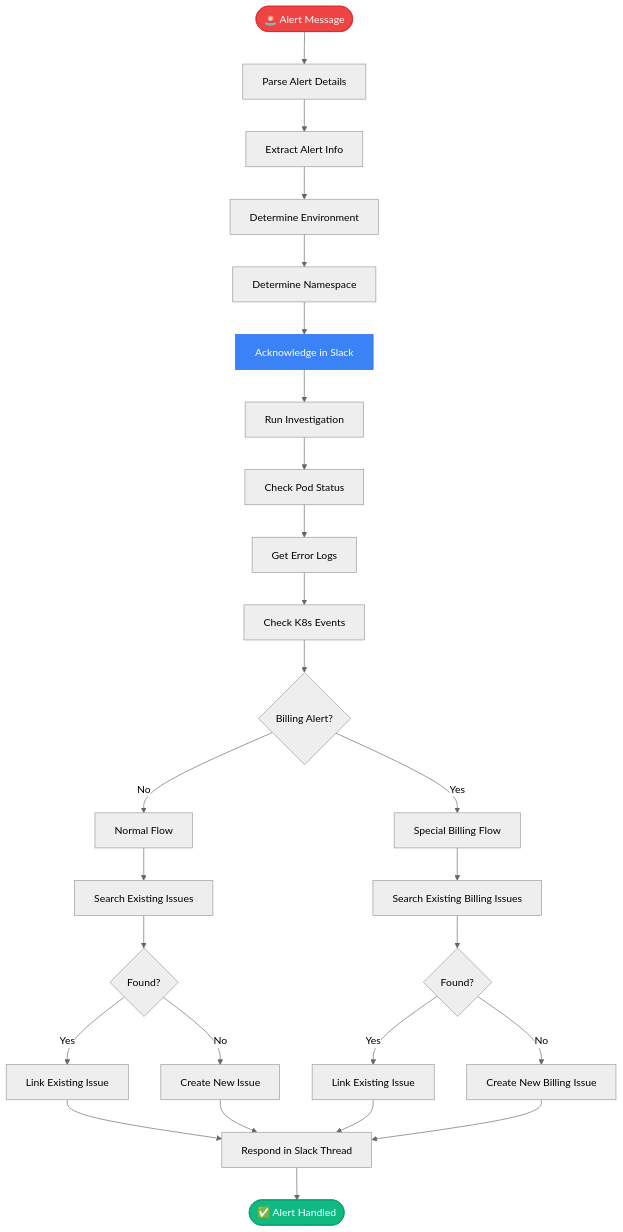
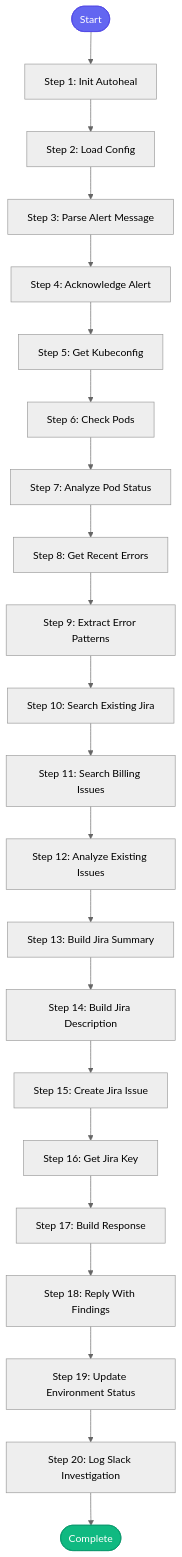
Before and after one commit to dmzoneill/redhat-ai-workflow: the diagram in docs/skills/investigate_slack_alert.md, drawn with Mermaid (neutral theme). The commit also changed other lines of this file and 49 other files, not shown here.

````diff
--- a/docs/skills/investigate_slack_alert.md
+++ b/docs/skills/investigate_slack_alert.md
@@ -15,41 +48,48 @@
 ```mermaid
 flowchart TD
-    START([🚨 Alert Message]) --> PARSE[Parse Alert Details]
+    START([Start])
+    STEP1[Step 1: Init Autoheal]
+    START --> STEP1
+    STEP2[Step 2: Load Config]
+    STEP1 --> STEP2
+    STEP3[Step 3: Parse Alert Message]
+    STEP2 --> STEP3
+    STEP4[Step 4: Acknowledge Alert]
+    STEP3 --> STEP4
+    STEP5[Step 5: Get Kubeconfig]
+    STEP4 --> STEP5
+    STEP6[Step 6: Check Pods]
+    STEP5 --> STEP6
+    STEP7[Step 7: Analyze Pod Status]
+    STEP6 --> STEP7
+    STEP8[Step 8: Get Recent Errors]
+    STEP7 --> STEP8
+    STEP9[Step 9: Extract Error Patterns]
+    STEP8 --> STEP9
+    STEP10[Step 10: Search Existing Jira]
+    STEP9 --> STEP10
+    STEP11[Step 11: Search Billing Issues]
+    STEP10 --> STEP11
+    STEP12[Step 12: Analyze Existing Issues]
+    STEP11 --> STEP12
+    STEP13[Step 13: Build Jira Summary]
+    STEP12 --> STEP13
+    STEP14[Step 14: Build Jira Description]
+    STEP13 --> STEP14
+    STEP15[Step 15: Create Jira Issue]
+    STEP14 --> STEP15
+    STEP16[Step 16: Get Jira Key]
+    STEP15 --> STEP16
+    STEP17[Step 17: Build Response]
+    STEP16 --> STEP17
+    STEP18[Step 18: Reply With Findings]
+    STEP17 --> STEP18
+    STEP19[Step 19: Update Environment Status]
+    STEP18 --> STEP19
+    STEP20[Step 20: Log Slack Investigation]
+    STEP19 --> STEP20
+    STEP20 --> DONE([Complete])
 
-    PARSE --> EXTRACT[Extract Alert Info]
-    EXTRACT --> ENV[Determine Environment]
-    ENV --> NS[Determine Namespace]
-
-    NS --> ACK[Acknowledge in Slack]
-    ACK --> INVESTIGATE[Run Investigation]
-
-    INVESTIGATE --> PODS[Check Pod Status]
-    PODS --> LOGS[Get Error Logs]
-    LOGS --> EVENTS[Check K8s Events]
-
-    EVENTS --> BILLING{Billing Alert?}
-
-    BILLING -->|Yes| BILLING_FLOW[Special Billing Flow]
-    BILLING -->|No| NORMAL[Normal Flow]
-
-    BILLING_FLOW --> SEARCH_BILLING[Search Existing Billing Issues]
-    SEARCH_BILLING --> FOUND_BILLING{Found?}
-    FOUND_BILLING -->|Yes| LINK_BILLING[Link Existing Issue]
-    FOUND_BILLING -->|No| CREATE_BILLING[Create New Billing Issue]
-
-    NORMAL --> SEARCH[Search Existing Issues]
-    SEARCH --> FOUND{Found?}
-    FOUND -->|Yes| LINK[Link Existing Issue]
-    FOUND -->|No| CREATE[Create New Issue]
-
-    LINK --> RESPOND
-    CREATE --> RESPOND
-    LINK_BILLING --> RESPOND
-    CREATE_BILLING --> RESPOND
-
-    RESPOND[Respond in Slack Thread] --> DONE([✅ Alert Handled])
-
-    style START fill:#ef4444,stroke:#dc2626,color:#fff
+    style START fill:#6366f1,stroke:#4f46e5,color:#fff
     style DONE fill:#10b981,stroke:#059669,color:#fff
-    style ACK fill:#3b82f6,stroke:#2563eb,color:#fff
 ```
````
